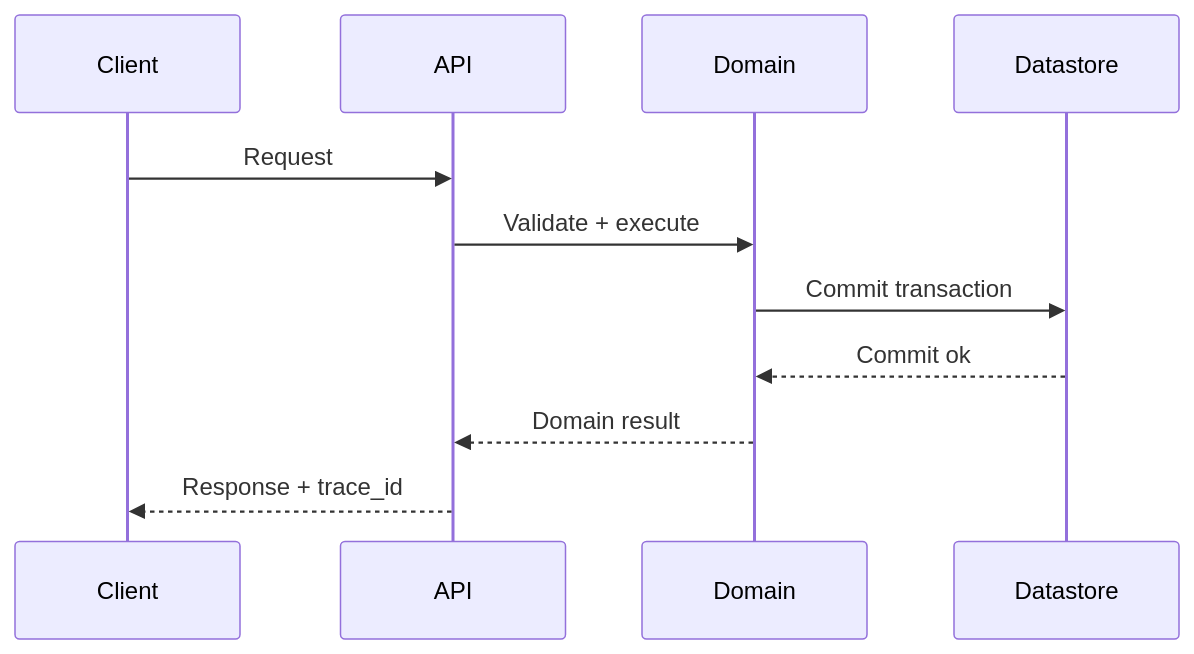
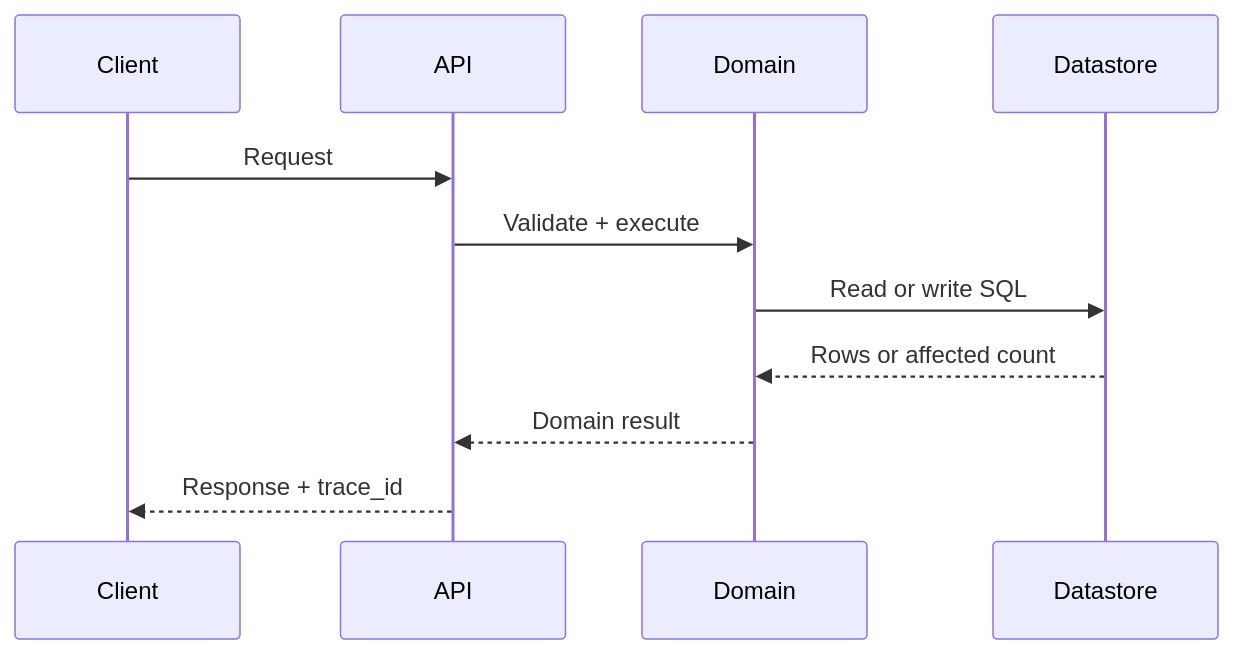
The third of 4 diagrams in .decapod/managed/specs/ARCHITECTURE.md (DecapodLabs/dactyl), drawn with Mermaid before and after one commit. The commit also changed other lines of this file and 38 other files, not shown here.

First line of the commit message:
feat: make dactyl a thin application read write driver (#48)

````diff
--- a/.decapod/managed/specs/ARCHITECTURE.md
+++ b/.decapod/managed/specs/ARCHITECTURE.md
@@ -51,13 +51,13 @@
 ```mermaid
 sequenceDiagram
   participant C as Client
   participant G as API
   participant D as Domain
   participant DB as Datastore
   C->>G: Request
   G->>D: Validate + execute
-  D->>DB: Commit transaction
-  DB-->>D: Commit ok
+  D->>DB: Read or write SQL
+  DB-->>D: Rows or affected count
   D-->>G: Domain result
   G-->>C: Response + trace_id
 ```
````
